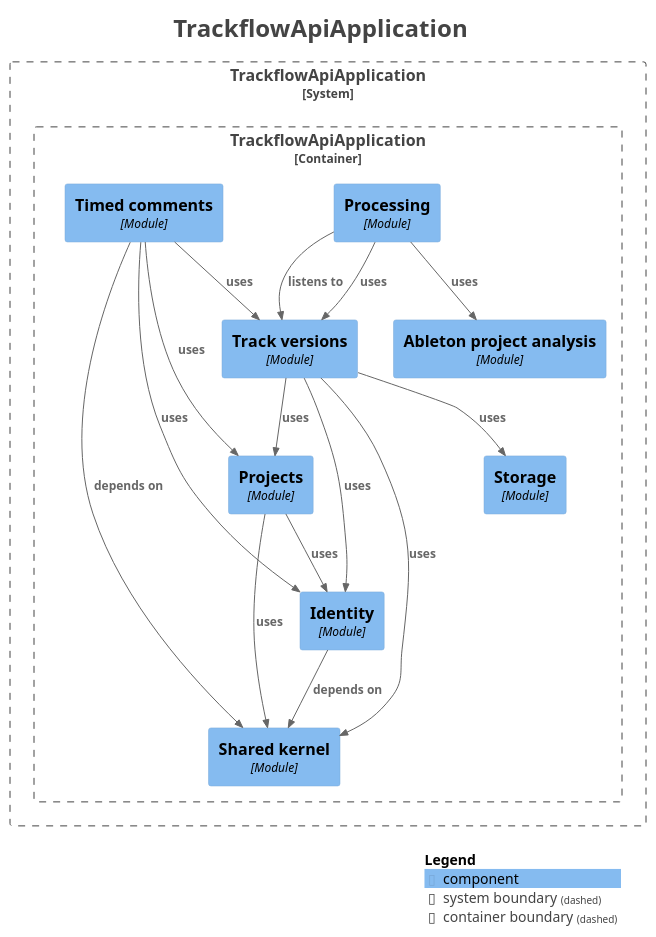
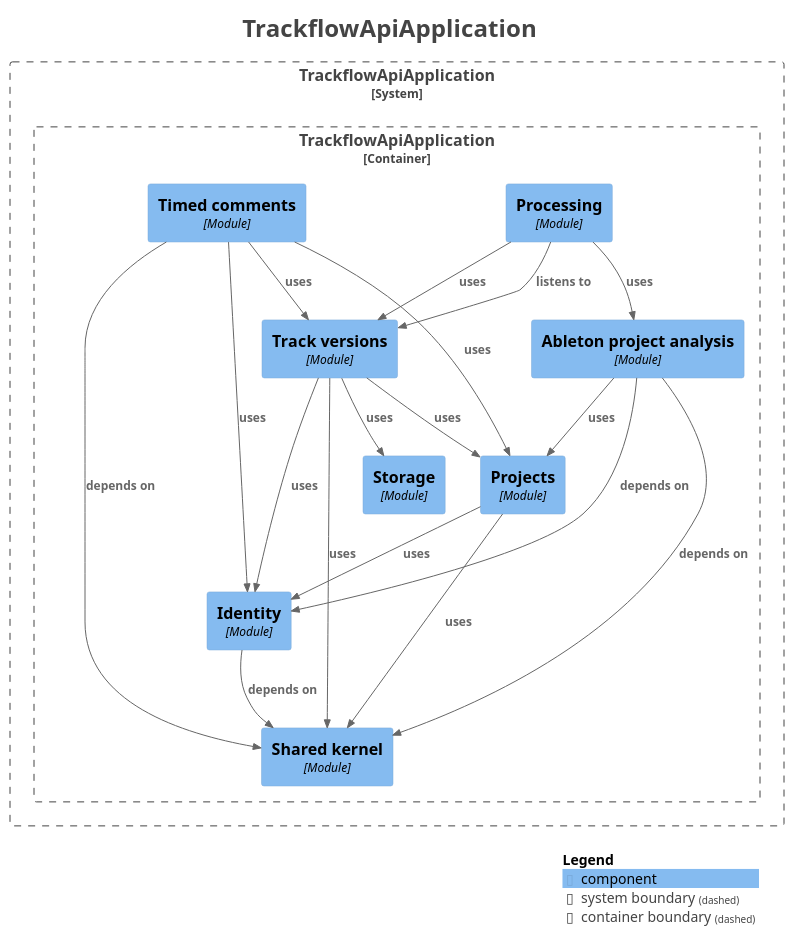
The diagram in docs/modules/components.puml (HigorPassarela/TrackFlow), drawn with PlantUML before and after one commit. The commit also changed 9 other files, not shown here.

```diff
--- a/docs/modules/components.puml
+++ b/docs/modules/components.puml
@@ -1,49 +1,52 @@
 @startuml
 title <size:24>TrackflowApiApplication</size>
 
 set separator none
 top to bottom direction
 
 <style>
   root {
     BackgroundColor: #ffffff
     FontColor: #444444
   }
 </style>
 
 !include <C4/C4>
 !include <C4/C4_Context>
 !include <C4/C4_Component>
 
 System_Boundary("TrackflowApiApplication_boundary", "TrackflowApiApplication", $tags="") {
   Container_Boundary("TrackflowApiApplication.TrackflowApiApplication_boundary", "TrackflowApiApplication", $tags="") {
     Component(TrackflowApiApplication.TrackflowApiApplication.Processing, "Processing", $techn="Module", $descr="", $tags="", $link="")
-    Component(TrackflowApiApplication.TrackflowApiApplication.Abletonprojectanalysis, "Ableton project analysis", $techn="Module", $descr="", $tags="", $link="")
     Component(TrackflowApiApplication.TrackflowApiApplication.Sharedkernel, "Shared kernel", $techn="Module", $descr="", $tags="", $link="")
     Component(TrackflowApiApplication.TrackflowApiApplication.Storage, "Storage", $techn="Module", $descr="", $tags="", $link="")
     Component(TrackflowApiApplication.TrackflowApiApplication.Identity, "Identity", $techn="Module", $descr="", $tags="", $link="")
     Component(TrackflowApiApplication.TrackflowApiApplication.Projects, "Projects", $techn="Module", $descr="", $tags="", $link="")
+    Component(TrackflowApiApplication.TrackflowApiApplication.Abletonprojectanalysis, "Ableton project analysis", $techn="Module", $descr="", $tags="", $link="")
     Component(TrackflowApiApplication.TrackflowApiApplication.Trackversions, "Track versions", $techn="Module", $descr="", $tags="", $link="")
     Component(TrackflowApiApplication.TrackflowApiApplication.Timedcomments, "Timed comments", $techn="Module", $descr="", $tags="", $link="")
   }
 
 }
 
-Rel(TrackflowApiApplication.TrackflowApiApplication.Projects, TrackflowApiApplication.TrackflowApiApplication.Identity, "uses", $techn="", $tags="", $link="")
-Rel(TrackflowApiApplication.TrackflowApiApplication.Projects, TrackflowApiApplication.TrackflowApiApplication.Sharedkernel, "uses", $techn="", $tags="", $link="")
-Rel(TrackflowApiApplication.TrackflowApiApplication.Processing, TrackflowApiApplication.TrackflowApiApplication.Trackversions, "listens to", $techn="", $tags="", $link="")
-Rel(TrackflowApiApplication.TrackflowApiApplication.Processing, TrackflowApiApplication.TrackflowApiApplication.Abletonprojectanalysis, "uses", $techn="", $tags="", $link="")
-Rel(TrackflowApiApplication.TrackflowApiApplication.Processing, TrackflowApiApplication.TrackflowApiApplication.Trackversions, "uses", $techn="", $tags="", $link="")
 Rel(TrackflowApiApplication.TrackflowApiApplication.Trackversions, TrackflowApiApplication.TrackflowApiApplication.Storage, "uses", $techn="", $tags="", $link="")
 Rel(TrackflowApiApplication.TrackflowApiApplication.Trackversions, TrackflowApiApplication.TrackflowApiApplication.Projects, "uses", $techn="", $tags="", $link="")
 Rel(TrackflowApiApplication.TrackflowApiApplication.Trackversions, TrackflowApiApplication.TrackflowApiApplication.Identity, "uses", $techn="", $tags="", $link="")
 Rel(TrackflowApiApplication.TrackflowApiApplication.Trackversions, TrackflowApiApplication.TrackflowApiApplication.Sharedkernel, "uses", $techn="", $tags="", $link="")
+Rel(TrackflowApiApplication.TrackflowApiApplication.Projects, TrackflowApiApplication.TrackflowApiApplication.Identity, "uses", $techn="", $tags="", $link="")
+Rel(TrackflowApiApplication.TrackflowApiApplication.Projects, TrackflowApiApplication.TrackflowApiApplication.Sharedkernel, "uses", $techn="", $tags="", $link="")
 Rel(TrackflowApiApplication.TrackflowApiApplication.Timedcomments, TrackflowApiApplication.TrackflowApiApplication.Sharedkernel, "depends on", $techn="", $tags="", $link="")
 Rel(TrackflowApiApplication.TrackflowApiApplication.Timedcomments, TrackflowApiApplication.TrackflowApiApplication.Projects, "uses", $techn="", $tags="", $link="")
 Rel(TrackflowApiApplication.TrackflowApiApplication.Timedcomments, TrackflowApiApplication.TrackflowApiApplication.Trackversions, "uses", $techn="", $tags="", $link="")
 Rel(TrackflowApiApplication.TrackflowApiApplication.Timedcomments, TrackflowApiApplication.TrackflowApiApplication.Identity, "uses", $techn="", $tags="", $link="")
+Rel(TrackflowApiApplication.TrackflowApiApplication.Abletonprojectanalysis, TrackflowApiApplication.TrackflowApiApplication.Sharedkernel, "depends on", $techn="", $tags="", $link="")
+Rel(TrackflowApiApplication.TrackflowApiApplication.Abletonprojectanalysis, TrackflowApiApplication.TrackflowApiApplication.Identity, "depends on", $techn="", $tags="", $link="")
+Rel(TrackflowApiApplication.TrackflowApiApplication.Abletonprojectanalysis, TrackflowApiApplication.TrackflowApiApplication.Projects, "uses", $techn="", $tags="", $link="")
 Rel(TrackflowApiApplication.TrackflowApiApplication.Identity, TrackflowApiApplication.TrackflowApiApplication.Sharedkernel, "depends on", $techn="", $tags="", $link="")
+Rel(TrackflowApiApplication.TrackflowApiApplication.Processing, TrackflowApiApplication.TrackflowApiApplication.Trackversions, "listens to", $techn="", $tags="", $link="")
+Rel(TrackflowApiApplication.TrackflowApiApplication.Processing, TrackflowApiApplication.TrackflowApiApplication.Abletonprojectanalysis, "uses", $techn="", $tags="", $link="")
+Rel(TrackflowApiApplication.TrackflowApiApplication.Processing, TrackflowApiApplication.TrackflowApiApplication.Trackversions, "uses", $techn="", $tags="", $link="")
 
 SHOW_LEGEND(true)
 hide stereotypes
 @enduml
```
